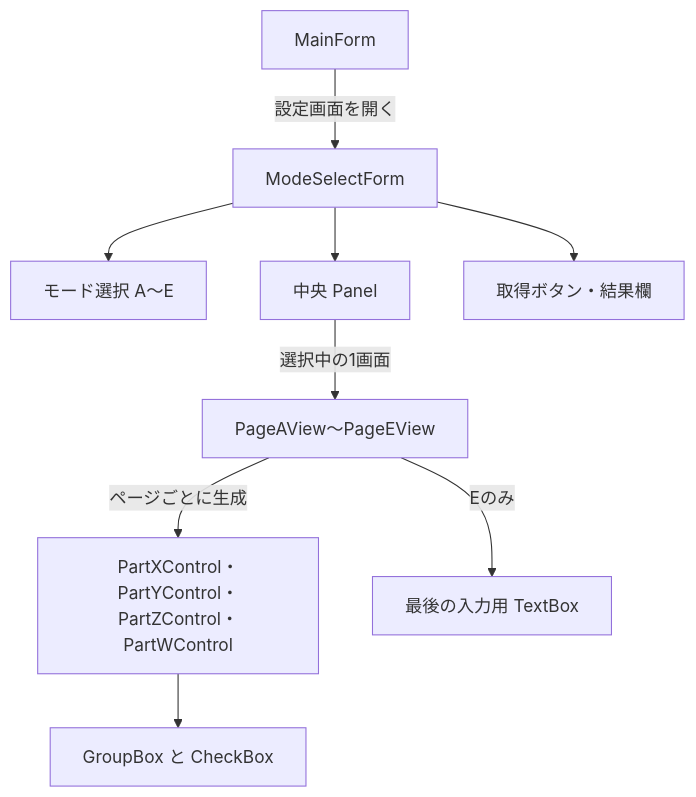
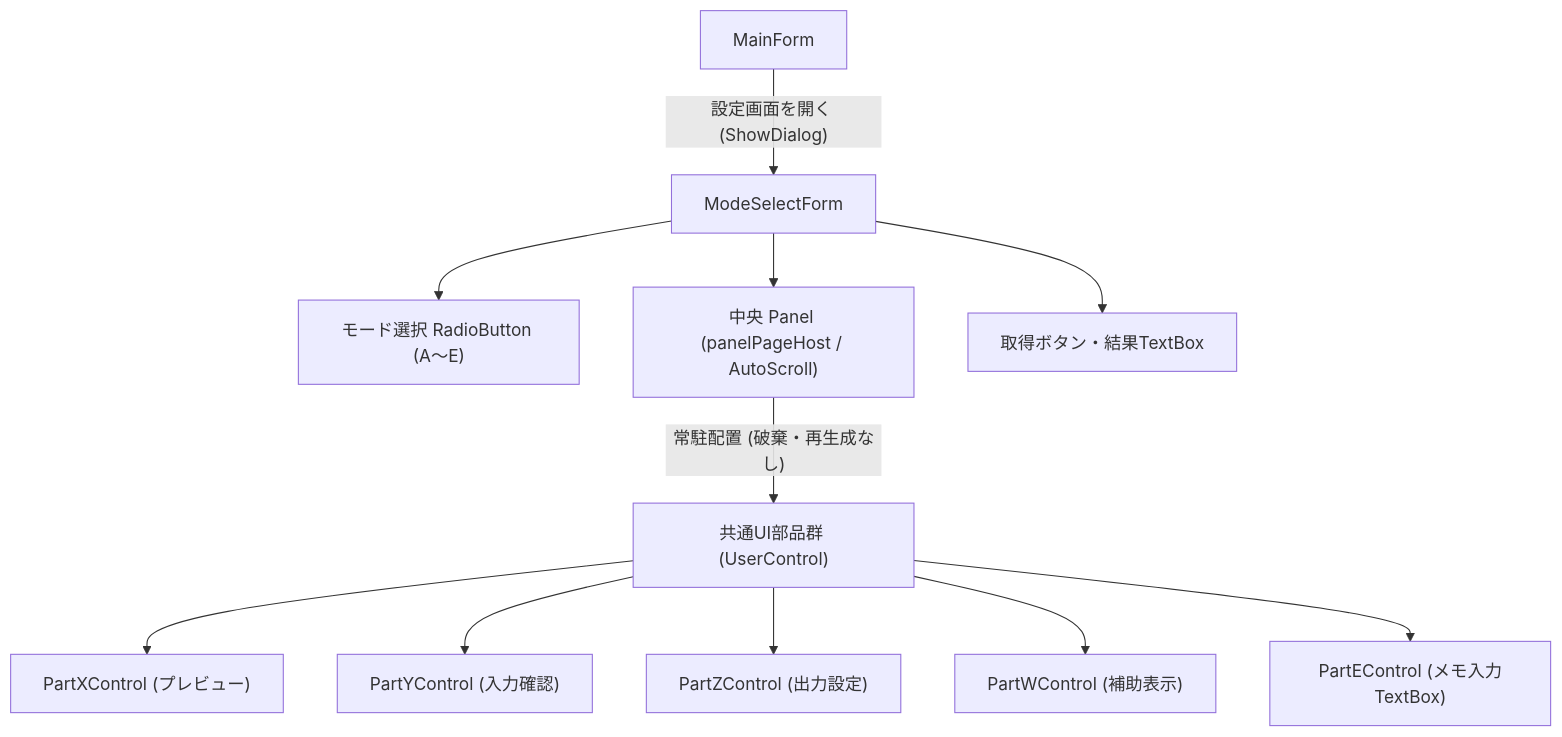
The first of 3 diagrams in samples/WinFormsReusableParts/docs/architecture.md (fuddt/Csharp), drawn with Mermaid before and after one commit. The commit also changed other lines of this file and 33 other files, not shown here.

````diff
--- a/samples/WinFormsReusableParts/docs/architecture.md
+++ b/samples/WinFormsReusableParts/docs/architecture.md
@@ -5,11 +5,13 @@
 ```mermaid
 flowchart TD
-    Main["MainForm"] -->|"設定画面を開く"| Dialog["ModeSelectForm"]
-    Dialog --> Modes["モード選択 A〜E"]
-    Dialog --> Host["中央 Panel"]
-    Dialog --> Result["取得ボタン・結果欄"]
-    Host -->|"選択中の1画面"| Page["PageAView〜PageEView"]
-    Page -->|"ページごとに生成"| Part["PartXControl・PartYControl・PartZControl・PartWControl"]
-    Part --> Group["GroupBox と CheckBox"]
-    Page -->|"Eのみ"| Input["最後の入力用 TextBox"]
+    Main["MainForm"] -->|"設定画面を開く (ShowDialog)"| Dialog["ModeSelectForm"]
+    Dialog --> Modes["モード選択 RadioButton (A〜E)"]
+    Dialog --> Host["中央 Panel (panelPageHost / AutoScroll)"]
+    Dialog --> Result["取得ボタン・結果TextBox"]
+    Host -->|"常駐配置 (破棄・再生成なし)"| Parts["共通UI部品群 (UserControl)"]
+    Parts --> PartX["PartXControl (プレビュー)"]
+    Parts --> PartY["PartYControl (入力確認)"]
+    Parts --> PartZ["PartZControl (出力設定)"]
+    Parts --> PartW["PartWControl (補助表示)"]
+    Parts --> PartE["PartEControl (メモ入力TextBox)"]
 ```
````
